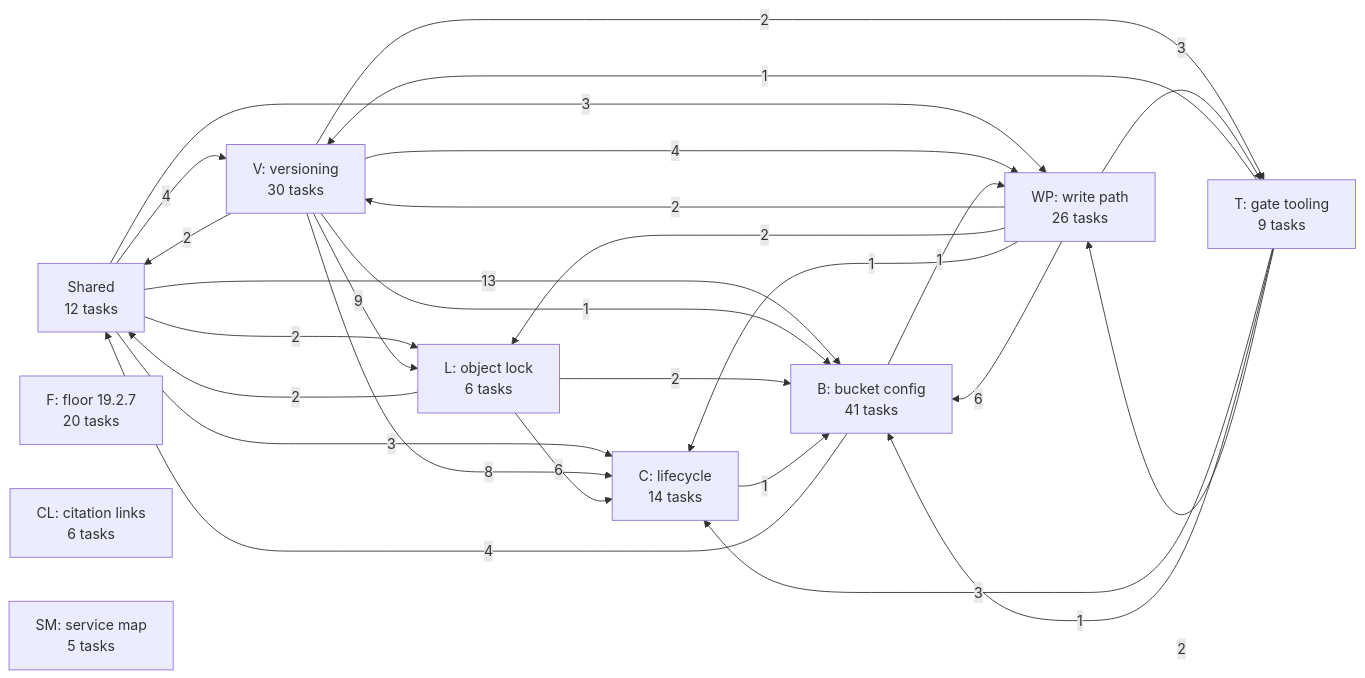
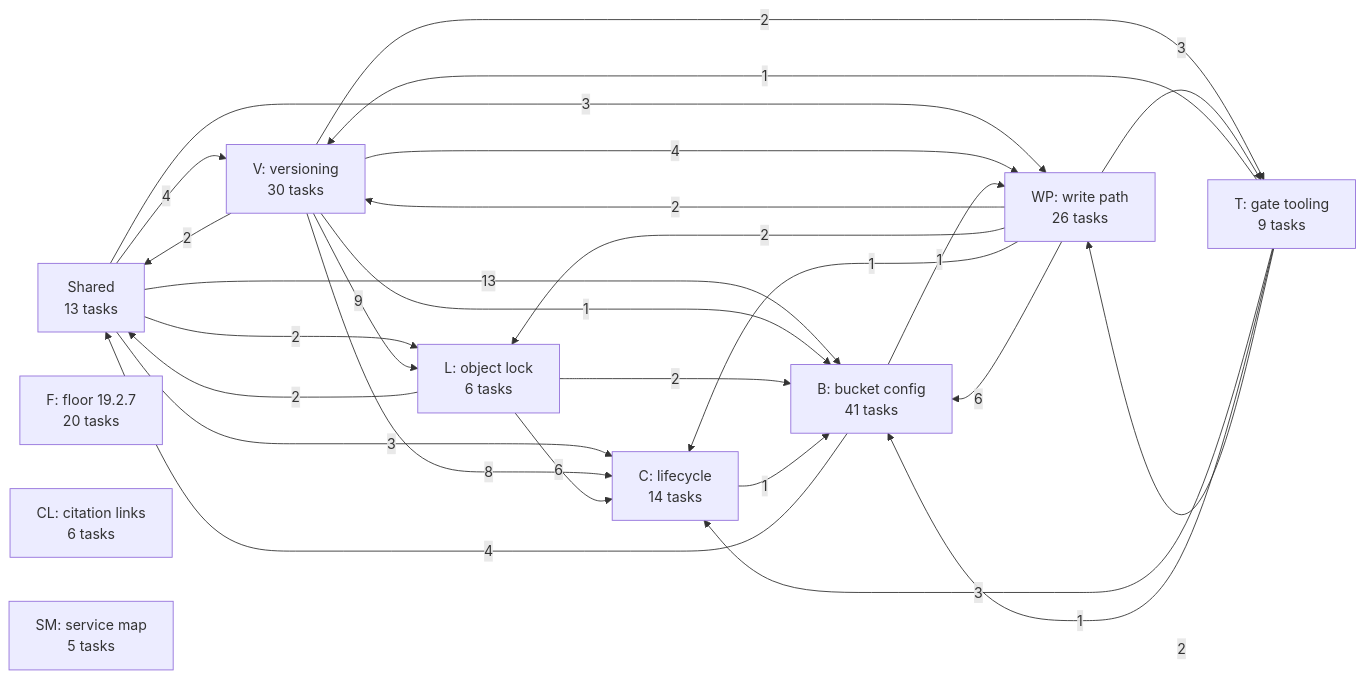
The first of 11 diagrams in docs/superpowers/plans/2026-10-13-phase-2/dependencies.md (jhoblitt/rgw-go), drawn with Mermaid before and after one commit. The commit also changed other lines of this file and 2 other files, not shown here.

````diff
--- a/docs/superpowers/plans/2026-10-13-phase-2/dependencies.md
+++ b/docs/superpowers/plans/2026-10-13-phase-2/dependencies.md
@@ -13,39 +13,39 @@
 ```mermaid
 flowchart LR
-  u_S["Shared<br/>12 tasks"]
+  u_S["Shared<br/>13 tasks"]
   u_F["F: floor 19.2.7<br/>20 tasks"]
   u_V["V: versioning<br/>30 tasks"]
   u_L["L: object lock<br/>6 tasks"]
   u_C["C: lifecycle<br/>14 tasks"]
   u_B["B: bucket config<br/>41 tasks"]
   u_WP["WP: write path<br/>26 tasks"]
   u_T["T: gate tooling<br/>9 tasks"]
   u_CL["CL: citation links<br/>6 tasks"]
   u_SM["SM: service map<br/>5 tasks"]
   u_S -->|4| u_V
   u_S -->|2| u_L
   u_S -->|3| u_C
   u_S -->|13| u_B
   u_S -->|3| u_WP
   u_V -->|2| u_S
   u_V -->|9| u_L
   u_V -->|8| u_C
   u_V -->|1| u_B
   u_V -->|4| u_WP
   u_V -->|2| u_T
   u_L -->|6| u_C
   u_L -->|2| u_B
   u_L -->|2| u_S
   u_C -->|1| u_B
   u_B -->|4| u_S
   u_B -->|1| u_WP
   u_WP -->|2| u_V
   u_WP -->|2| u_L
   u_WP -->|1| u_C
   u_WP -->|6| u_B
   u_WP -->|3| u_T
   u_T -->|1| u_V
   u_T -->|3| u_C
   u_T -->|1| u_B
   u_T -->|2| u_WP
 ```
````
